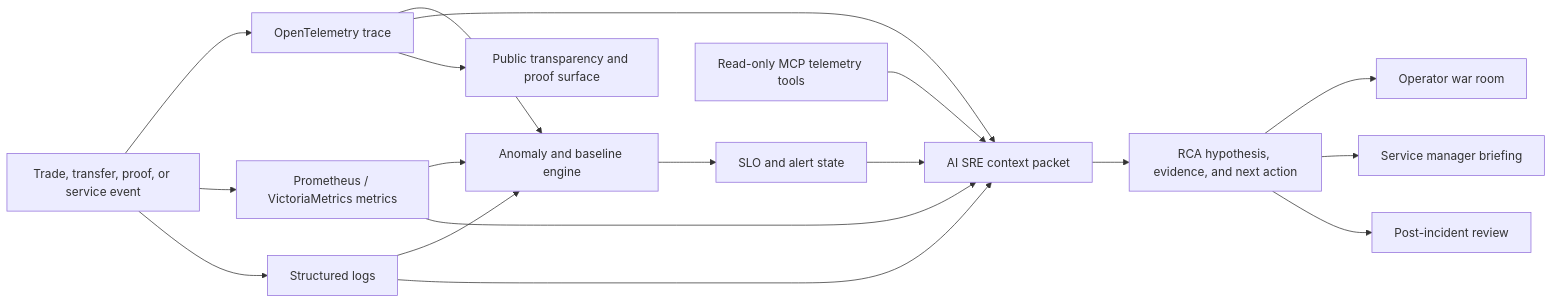
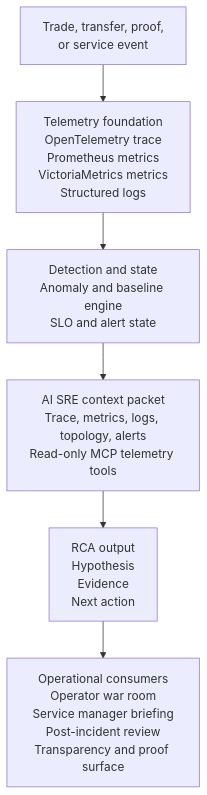
The diagram in README.md (MoebiusX/Krystaline), drawn with Mermaid before and after one commit. The commit also changed 13 other files, not shown here.

````diff
--- a/README.md
+++ b/README.md
@@ -82,20 +82,11 @@
 ```mermaid
-flowchart LR
-    A["Trade, transfer, proof, or service event"] --> B["OpenTelemetry trace"]
-    A --> C["Prometheus / VictoriaMetrics metrics"]
-    A --> D["Structured logs"]
-    B --> E["Anomaly and baseline engine"]
-    C --> E
-    D --> E
-    E --> F["SLO and alert state"]
-    F --> G["AI SRE context packet"]
-    B --> G
-    C --> G
-    D --> G
-    H["Read-only MCP telemetry tools"] --> G
-    G --> I["RCA hypothesis, evidence, and next action"]
-    I --> J["Operator war room"]
-    I --> K["Service manager briefing"]
-    I --> L["Post-incident review"]
-    B --> M["Public transparency and proof surface"]
+flowchart TB
+    A["Trade, transfer, proof,<br/>or service event"]
+    B["Telemetry foundation<br/>OpenTelemetry trace<br/>Prometheus metrics<br/>VictoriaMetrics metrics<br/>Structured logs"]
+    C["Detection and state<br/>Anomaly and baseline engine<br/>SLO and alert state"]
+    D["AI SRE context packet<br/>Trace, metrics, logs, topology, alerts<br/>Read-only MCP telemetry tools"]
+    E["RCA output<br/>Hypothesis<br/>Evidence<br/>Next action"]
+    F["Operational consumers<br/>Operator war room<br/>Service manager briefing<br/>Post-incident review<br/>Transparency and proof surface"]
+
+    A --> B --> C --> D --> E --> F
 ```
````
